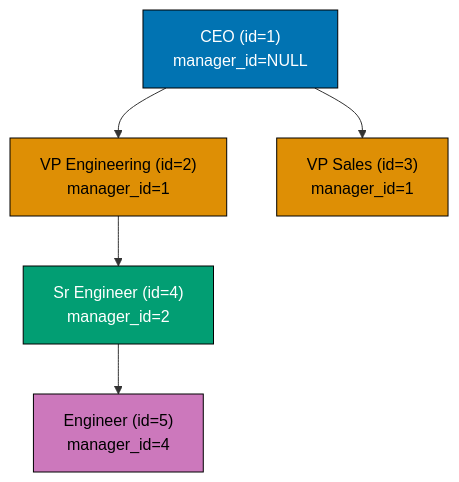
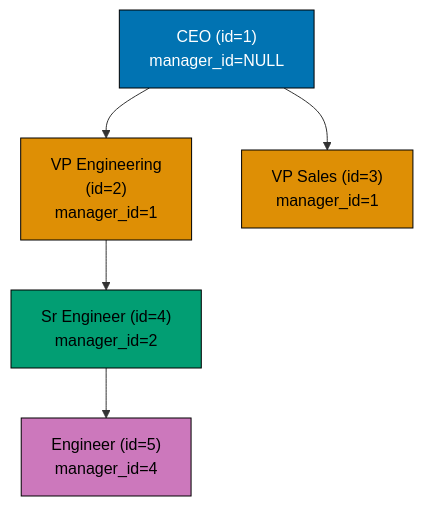
The eighth of 10 diagrams in apps/ayokoding-www/content/en/learn/legacy/software-engineering/data/databases/sql/by-example/advanced.md (wahidyankf/ose-public), drawn with Mermaid before and after one commit. The commit also changed other lines of this file and 131 other files, not shown here.

First line of the commit message:
fix(mermaid): bring the legacy data, infrastructure, and testing diagrams onto the accessible palette

````diff
--- a/apps/ayokoding-www/content/en/learn/legacy/software-engineering/data/databases/sql/by-example/advanced.md
+++ b/apps/ayokoding-www/content/en/learn/legacy/software-engineering/data/databases/sql/by-example/advanced.md
@@ -1099,20 +1149,27 @@
 ```mermaid
 %% Color Palette: Blue #0173B2, Orange #DE8F05, Teal #029E73, Purple #CC78BC, Brown #CA9161
 graph TD
+    accTitle: Example 68: Self-Referencing Foreign Keys
+    accDescr: Graph with 5 nodes and 4 connections. Nodes: CEO (id=1) manager_id=NULL, VP Engineering (id=2) manager_id=1, VP Sales (id=3) manager_id=1, Sr Engineer (id=4) manager_id=2, Engineer (id=5) manager_id=4. Connections: CEO (id=1) manager_id=NULL to VP Engineering (id=2) manager_id=1, CEO (id=1) manager_id=NULL to VP Sales (id=3) manager_id=1, VP Engineering (id=2) manager_id=1 to Sr Engineer (id=4) manager_id=2, Sr Engineer (id=4) manager_id=2 to Engineer (id=5) manager_id=4.
     A["CEO (id=1)<br/>manager_id=NULL"]
-    B["VP Engineering (id=2)<br/>manager_id=1"]
+    B["VP Engineering<br/>(id=2)<br/>manager_id=1"]
     C["VP Sales (id=3)<br/>manager_id=1"]
     D["Sr Engineer (id=4)<br/>manager_id=2"]
     E["Engineer (id=5)<br/>manager_id=4"]
 
     A --> B
     A --> C
     B --> D
     D --> E
 
-    style A fill:#0173B2,stroke:#000,color:#fff
-    style B fill:#DE8F05,stroke:#000,color:#000
-    style C fill:#DE8F05,stroke:#000,color:#000
-    style D fill:#029E73,stroke:#000,color:#fff
-    style E fill:#CC78BC,stroke:#000,color:#000
+    classDef pal-0173B2 fill:#0173B2,stroke:#000000,color:#FFFFFF
+    class A pal-0173B2
+    classDef pal-DE8F05 fill:#DE8F05,stroke:#000000,color:#000000
+    class B pal-DE8F05
+    class C pal-DE8F05
+    classDef pal-029E73 fill:#029E73,stroke:#000000,color:#000000
+    class D pal-029E73
+    classDef pal-CC78BC fill:#CC78BC,stroke:#000000,color:#000000
+    class E pal-CC78BC
+    classDef default fill:#FFFFFF,stroke:#000000,color:#000000
 ```
````
